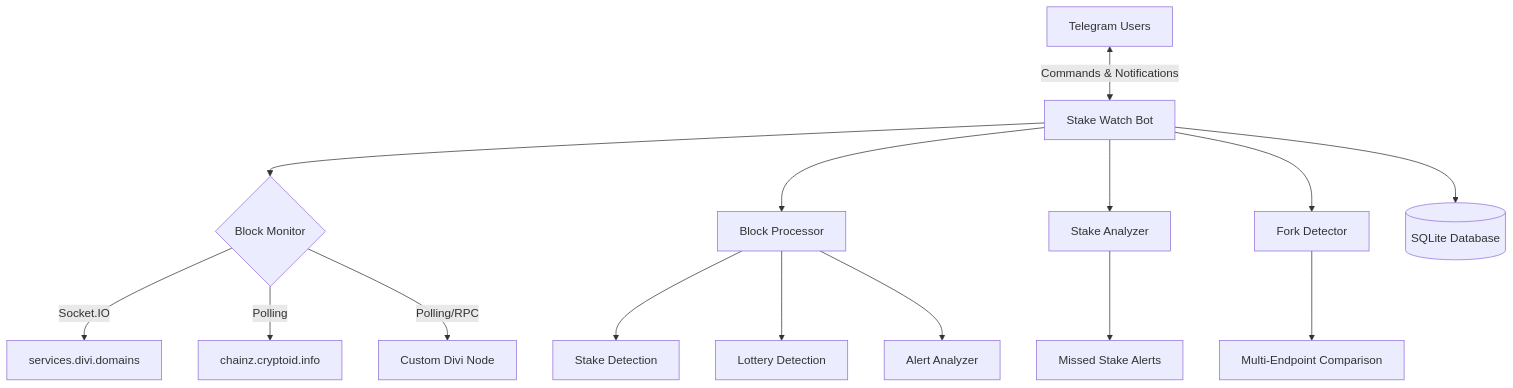
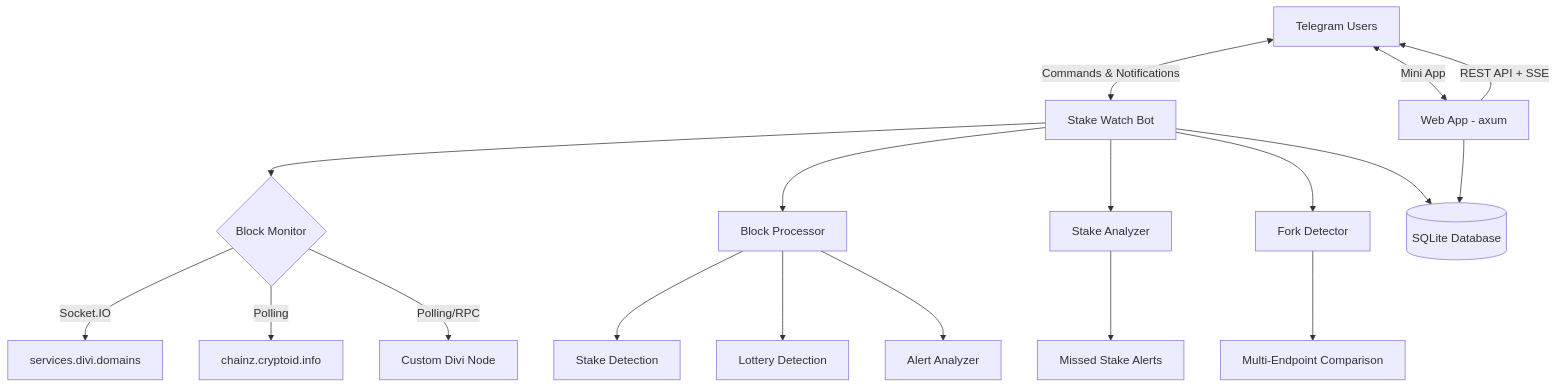
Before and after one commit to DiviDomains/stake_watch: the first of 2 diagrams in README.md, drawn with Mermaid. The commit also changed other lines of this file, not shown here.

Commit message:
Update README with web app, lottery alerts, vault support, linked notifications

````diff
--- a/README.md
+++ b/README.md
@@ -26,17 +30,20 @@
 ```mermaid
 graph TD
     A[Telegram Users] <-->|Commands & Notifications| B[Stake Watch Bot]
+    A <-->|Mini App| W[Web App - axum]
     B --> C{Block Monitor}
     C -->|Socket.IO| D[services.divi.domains]
     C -->|Polling| E[chainz.cryptoid.info]
     C -->|Polling/RPC| F[Custom Divi Node]
     B --> G[Block Processor]
     G --> H[Stake Detection]
     G --> I[Lottery Detection]
     G --> J[Alert Analyzer]
     B --> K[Stake Analyzer]
     K --> L[Missed Stake Alerts]
     B --> M[Fork Detector]
     M --> N[Multi-Endpoint Comparison]
     B --> O[(SQLite Database)]
+    W --> O
+    W -->|REST API + SSE| A
 ```
````
